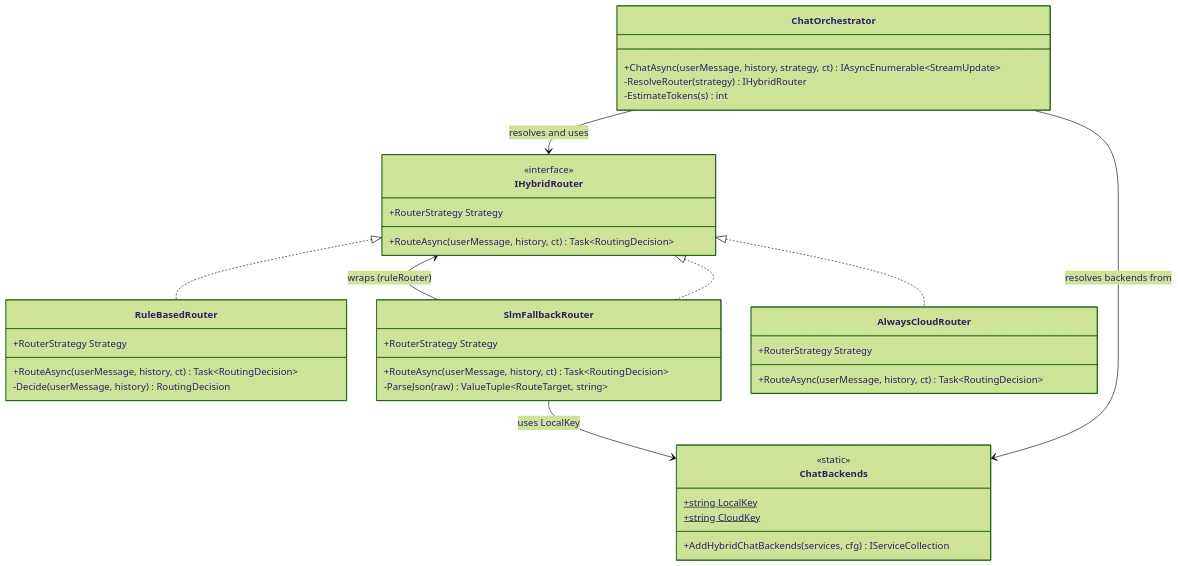
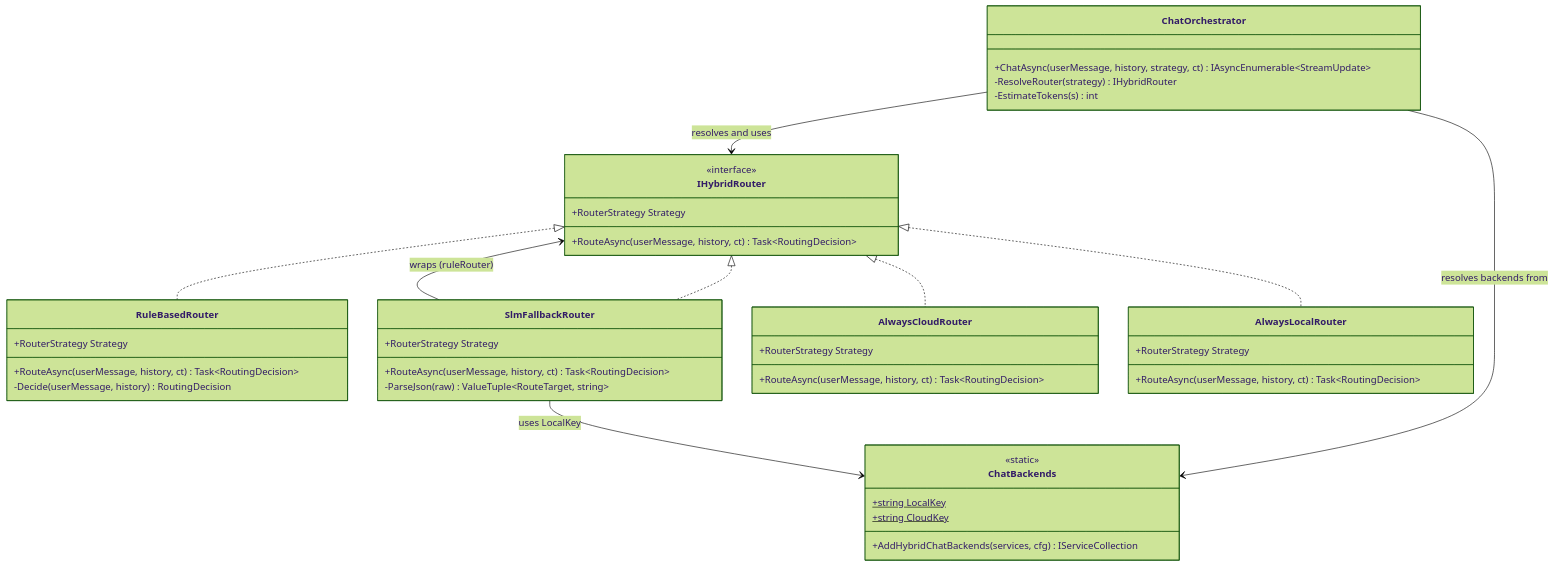
Before and after one commit to dpcons/HybridPingPong: the first of 3 diagrams in src/HybridPingPong.Core/README.md, drawn with Mermaid (forest theme). The commit also changed other lines of this file and 4 other files, not shown here.

Commit message:
feat: add AlwaysLocal routing strategy and corresponding implementation

````diff
--- a/src/HybridPingPong.Core/README.md
+++ b/src/HybridPingPong.Core/README.md
@@ -19,46 +19,52 @@
 ```mermaid
 classDiagram
     class IHybridRouter {
         <<interface>>
         +RouterStrategy Strategy
         +RouteAsync(userMessage, history, ct) Task~RoutingDecision~
     }
 
     class RuleBasedRouter {
         +RouterStrategy Strategy
         +RouteAsync(userMessage, history, ct) Task~RoutingDecision~
         -Decide(userMessage, history) RoutingDecision
     }
 
     class SlmFallbackRouter {
         +RouterStrategy Strategy
         +RouteAsync(userMessage, history, ct) Task~RoutingDecision~
         -ParseJson(raw) ValueTuple~RouteTarget, string~
     }
 
     class AlwaysCloudRouter {
         +RouterStrategy Strategy
         +RouteAsync(userMessage, history, ct) Task~RoutingDecision~
     }
 
+    class AlwaysLocalRouter {
+        +RouterStrategy Strategy
+        +RouteAsync(userMessage, history, ct) Task~RoutingDecision~
+    }
+
     class ChatBackends {
         <<static>>
         +string LocalKey$
         +string CloudKey$
         +AddHybridChatBackends(services, cfg) IServiceCollection
     }
 
     class ChatOrchestrator {
         +ChatAsync(userMessage, history, strategy, ct) IAsyncEnumerable~StreamUpdate~
         -ResolveRouter(strategy) IHybridRouter
         -EstimateTokens(s) int
     }
 
     IHybridRouter <|.. RuleBasedRouter
     IHybridRouter <|.. SlmFallbackRouter
     IHybridRouter <|.. AlwaysCloudRouter
+    IHybridRouter <|.. AlwaysLocalRouter
     SlmFallbackRouter --> IHybridRouter : wraps (ruleRouter)
     ChatOrchestrator --> IHybridRouter : resolves and uses
     ChatOrchestrator --> ChatBackends : resolves backends from
     SlmFallbackRouter --> ChatBackends : uses LocalKey
 ```
````
